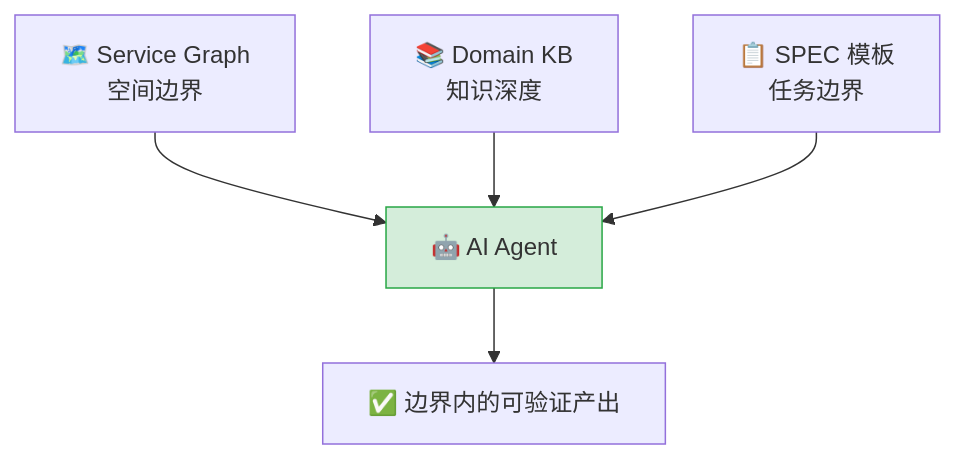
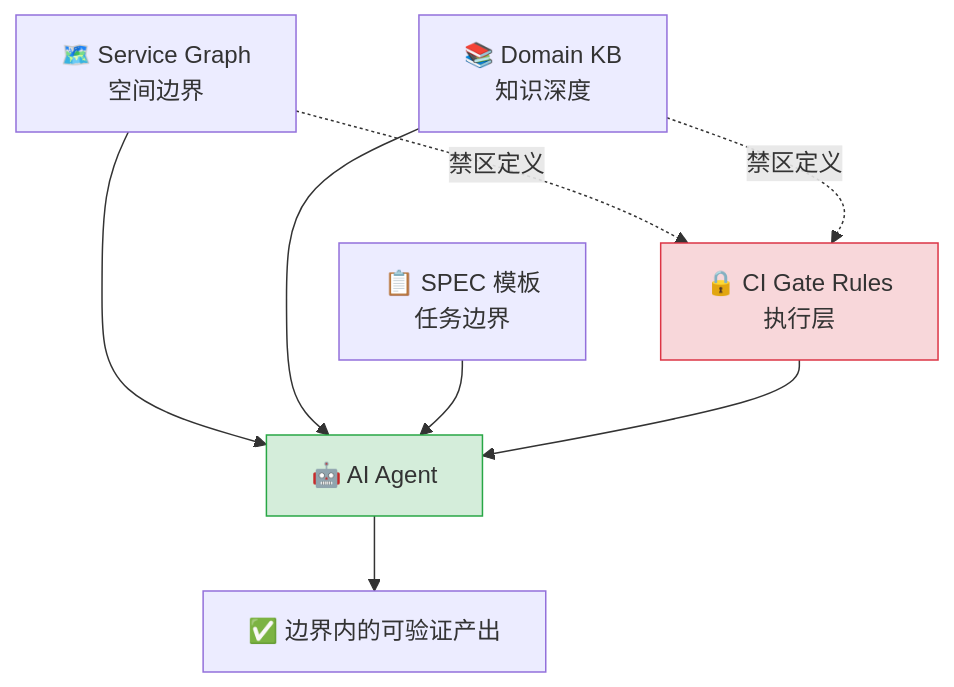
The fourth of 6 diagrams in 2026/06/2026-06-13-AI编程范式的范式转移-精编版.md (Aaron-cdx/tech-reflections), drawn with Mermaid before and after one commit. The commit also changed other lines of this file and 6 other files, not shown here.

````diff
--- a/2026/06/2026-06-13-AI编程范式的范式转移-精编版.md
+++ b/2026/06/2026-06-13-AI编程范式的范式转移-精编版.md
@@ -118,9 +118,13 @@
 ```mermaid
 graph TB
     AGENT["🤖 AI Agent"]
     SG["🗺️ Service Graph<br/>空间边界"] --> AGENT
     KB["📚 Domain KB<br/>知识深度"] --> AGENT
     SP["📋 SPEC 模板<br/>任务边界"] --> AGENT
+    CI["🔒 CI Gate Rules<br/>执行层"] --> AGENT
     AGENT --> OUT["✅ 边界内的可验证产出"]
+    SG -.->|"禁区定义"| CI
+    KB -.->|"禁区定义"| CI
     style AGENT fill:#d4edda,stroke:#28a745
+    style CI fill:#f8d7da,stroke:#dc3545
 ```
````
